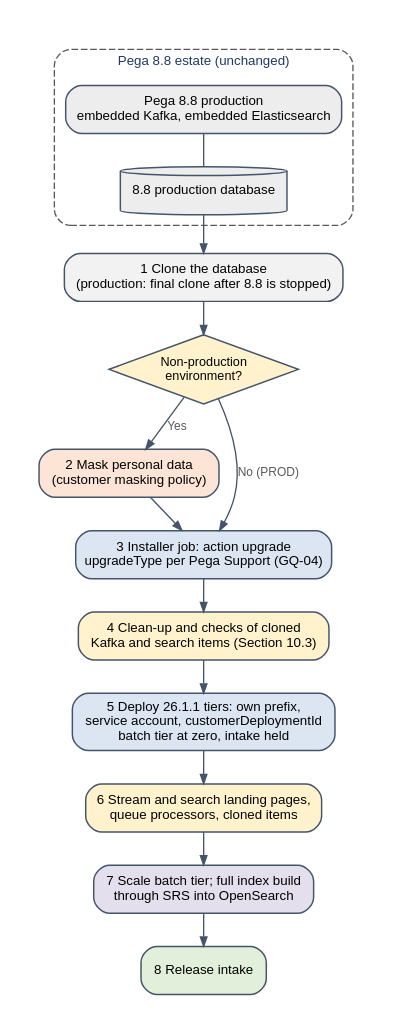
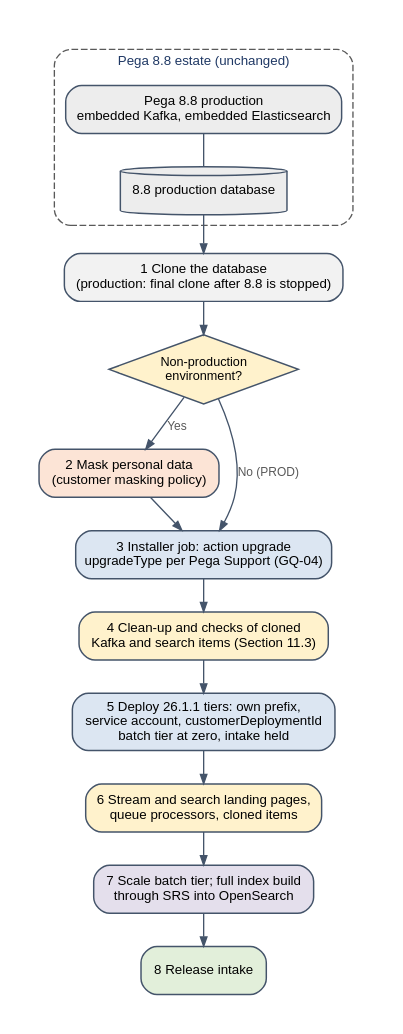
One commit to ravislr-beep/Sukoon changed the diagram in runbook/img/generated/fig_clone_upgrade_flow.dot. Above: the diagram before and after it, drawn with Graphviz. The commit also changed 22 other files, not shown here.

Commit message:
Runbook 2.2: new Section 9 on data flows, classification, encryption in transit and at rest, operational copies, retention, erasure and transfer failures; renumber Sections 9-20 to 10-21; add R64-R79, OD-14 to OD-18, GQ-09 to GQ-11, DT/DF/DA/DP IDs, risks, alerts and data diagrams

```diff
--- a/runbook/img/generated/fig_clone_upgrade_flow.dot
+++ b/runbook/img/generated/fig_clone_upgrade_flow.dot
@@ -1,29 +1,29 @@
 digraph G {
 
   graph [fontname="Liberation Sans", fontsize=11, bgcolor="white", pad="0.3", nodesep="0.35", ranksep="0.45", fontcolor="#1F3864"];
   node  [fontname="Liberation Sans", fontsize=10, shape=box, style="rounded,filled", fillcolor="white", color="#44546A", penwidth=1.1, margin="0.14,0.07"];
   edge  [fontname="Liberation Sans", fontsize=9, color="#44546A", fontcolor="#595959", arrowsize=0.7, penwidth=1.0];
 
 
   rankdir=TB; nodesep=0.3; ranksep=0.32;
   subgraph cluster_old { label="Pega 8.8 estate (unchanged)"; style="dashed,rounded"; color="#595959"; fontsize=10;
     p88 [label="Pega 8.8 production\nembedded Kafka, embedded Elasticsearch", fillcolor="#EDEDED"];
     db88 [label="8.8 production database", shape=cylinder, style=filled, fillcolor="#EDEDED"];
     p88 -> db88 [arrowhead=none];
   }
   clone [label="1 Clone the database\n(production: final clone after 8.8 is stopped)", fillcolor="#F2F2F2"];
   np [shape=diamond, style="filled", fillcolor="#FFF2CC", label="Non-production\nenvironment?", margin="0.04,0.04", fontsize=9.5];
   mask [label="2 Mask personal data\n(customer masking policy)", fillcolor="#FCE4D6"];
   upg [label="3 Installer job: action upgrade\nupgradeType per Pega Support (GQ-04)", fillcolor="#DCE6F2"];
-  clean [label="4 Clean-up and checks of cloned\nKafka and search items (Section 10.3)", fillcolor="#FFF2CC"];
+  clean [label="4 Clean-up and checks of cloned\nKafka and search items (Section 11.3)", fillcolor="#FFF2CC"];
   dep [label="5 Deploy 26.1.1 tiers: own prefix,\nservice account, customerDeploymentId\nbatch tier at zero, intake held", fillcolor="#DCE6F2"];
   chk [label="6 Stream and search landing pages,\nqueue processors, cloned items", fillcolor="#FFF2CC"];
   idx [label="7 Scale batch tier; full index build\nthrough SRS into OpenSearch", fillcolor="#E4DFEC"];
   rel [label="8 Release intake", fillcolor="#E2EFDA"];
   db88 -> clone;
   clone -> np;
   np -> mask [label="Yes"];
   np -> upg [label="No (PROD)"];
   mask -> upg -> clean -> dep -> chk -> idx -> rel;
 
 }
```
